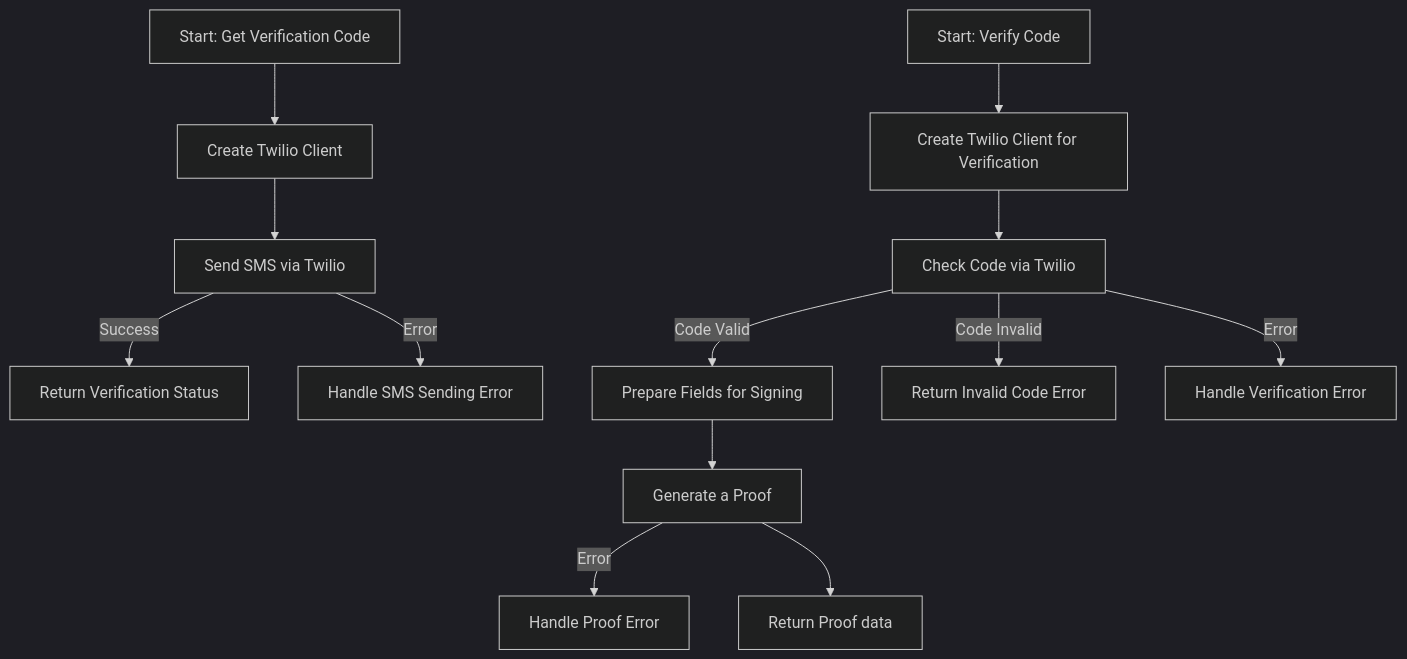
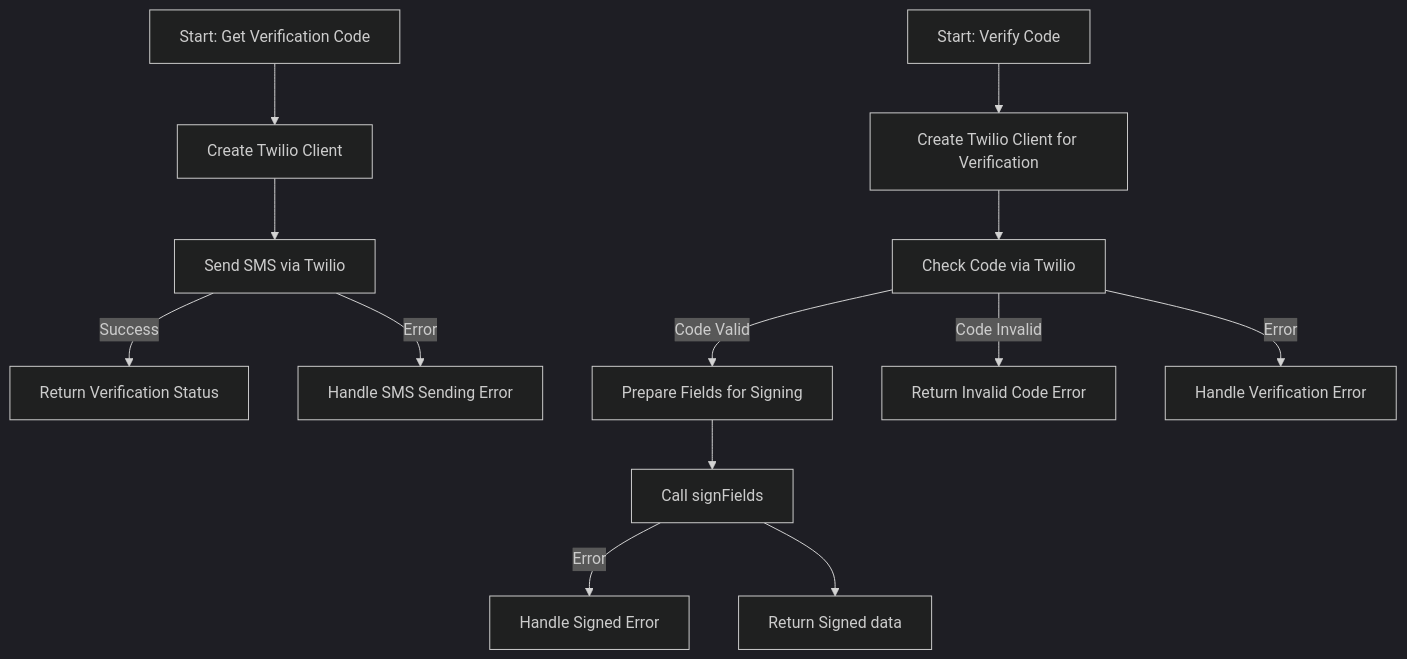
One commit to zguesmi/PRENDICO changed the third of 3 diagrams in README.md. Above: the diagram before and after it, drawn with Mermaid (dark theme). The commit also changed other lines of this file and 1 other file, not shown here.

Commit message:
change and replace some infos

````diff
--- a/README.md
+++ b/README.md
@@ -127,16 +127,16 @@
 ```mermaid
 graph TD
     A[Start: Get Verification Code] --> B[Create Twilio Client]
     B --> C[Send SMS via Twilio]
     C -->|Success| D[Return Verification Status]
     C -->|Error| E[Handle SMS Sending Error]
 
     F[Start: Verify Code] --> G[Create Twilio Client for Verification]
     G --> H[Check Code via Twilio]
     H -->|Code Valid| I[Prepare Fields for Signing]
     H -->|Code Invalid| J[Return Invalid Code Error]
-    I --> K[Generate a Proof]
-    K -->|Error| L[Handle Proof Error]
-    K --> M[Return Proof data]
+    I --> K[Call signFields]
+    K -->|Error| L[Handle Signed Error]
+    K --> M[Return Signed data]
     H -->|Error| N[Handle Verification Error]
 ```
````
